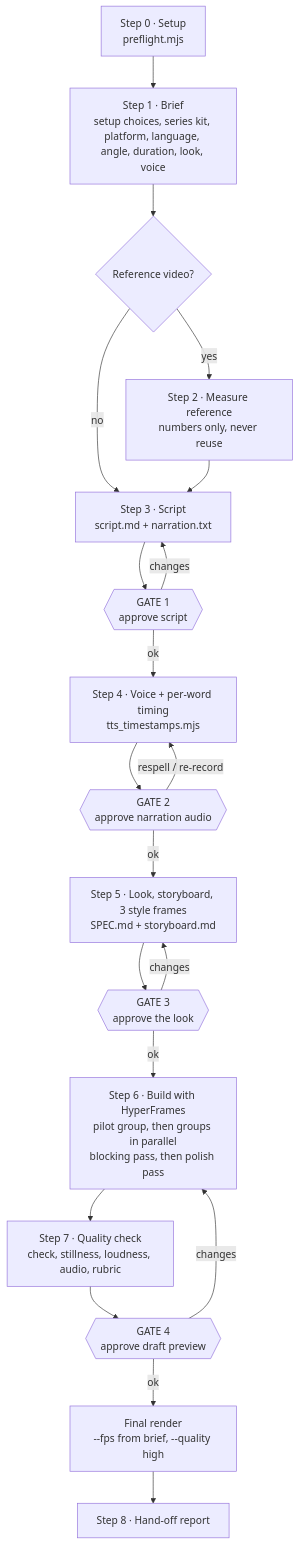
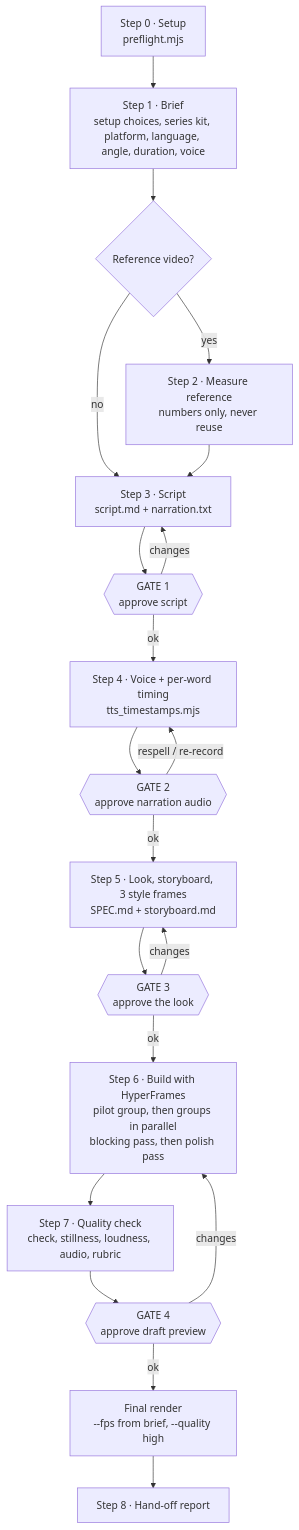
One commit to sandalkuilang/dalang changed the first of 2 diagrams in docs/workflow.md. Above: the diagram before and after it, drawn with Mermaid. The commit also changed other lines of this file and 11 other files, not shown here.

````diff
--- a/docs/workflow.md
+++ b/docs/workflow.md
@@ -7,22 +7,22 @@
 ```mermaid
 flowchart TD
-    S0["Step 0 · Setup<br/>preflight.mjs"] --> S1["Step 1 · Brief<br/>setup choices, series kit, platform, language, angle, duration, look, voice"]
+    S0["Step 0 · Setup<br/>preflight.mjs"] --> S1["Step 1 · Brief<br/>setup choices, series kit, platform, language, angle, duration, voice"]
     S1 --> S2{"Reference video?"}
     S2 -- yes --> M["Step 2 · Measure reference<br/>numbers only, never reuse"]
     S2 -- no --> S3
     M --> S3["Step 3 · Script<br/>script.md + narration.txt"]
     S3 --> G1{{"GATE 1<br/>approve script"}}
     G1 -- changes --> S3
     G1 -- ok --> S4["Step 4 · Voice + per-word timing<br/>tts_timestamps.mjs"]
     S4 --> G2{{"GATE 2<br/>approve narration audio"}}
     G2 -- respell / re-record --> S4
     G2 -- ok --> S5["Step 5 · Look, storyboard, 3 style frames<br/>SPEC.md + storyboard.md"]
     S5 --> G3{{"GATE 3<br/>approve the look"}}
     G3 -- changes --> S5
     G3 -- ok --> S6["Step 6 · Build with HyperFrames<br/>pilot group, then groups in parallel<br/>blocking pass, then polish pass"]
     S6 --> S7["Step 7 · Quality check<br/>check, stillness, loudness, audio, rubric"]
     S7 --> G4{{"GATE 4<br/>approve draft preview"}}
     G4 -- changes --> S6
     G4 -- ok --> R["Final render<br/>--fps from brief, --quality high"]
     R --> S8["Step 8 · Hand-off report"]
 ```
````
